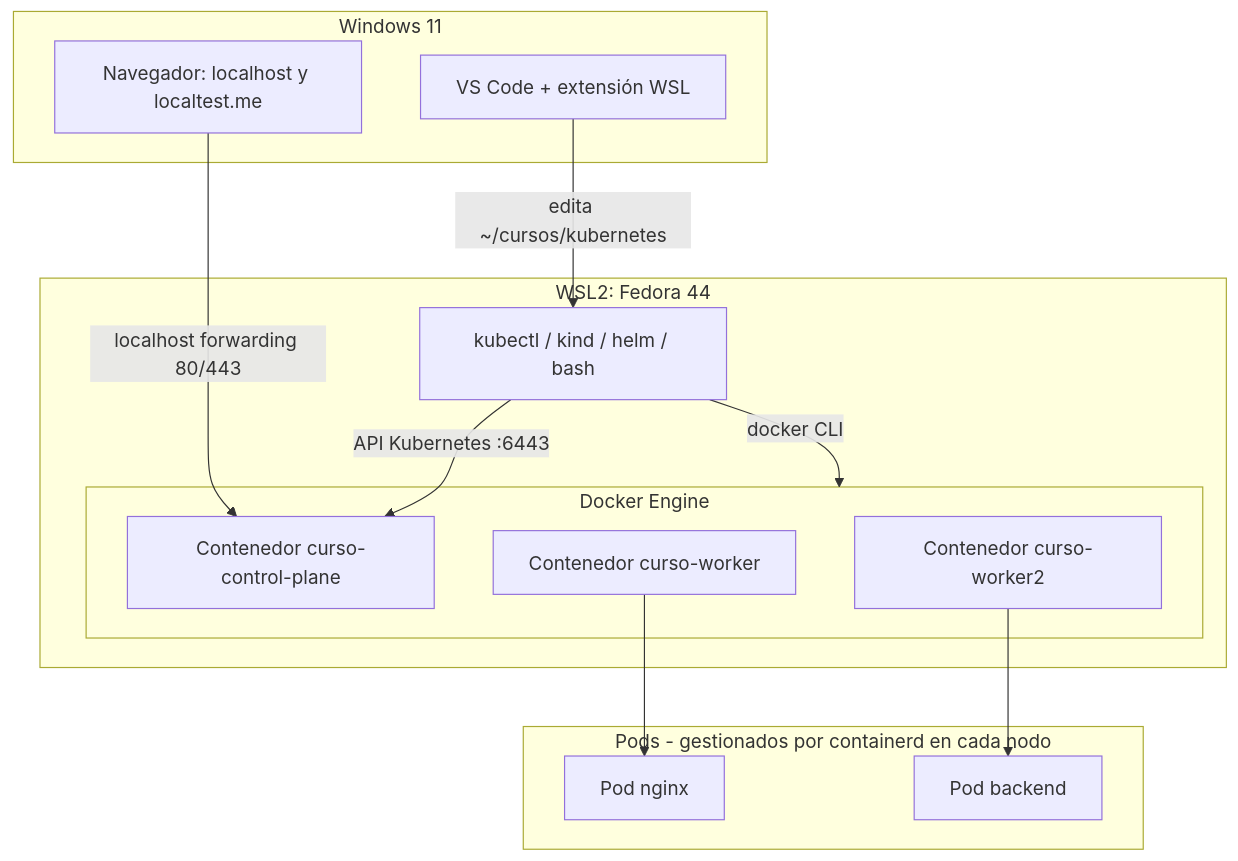
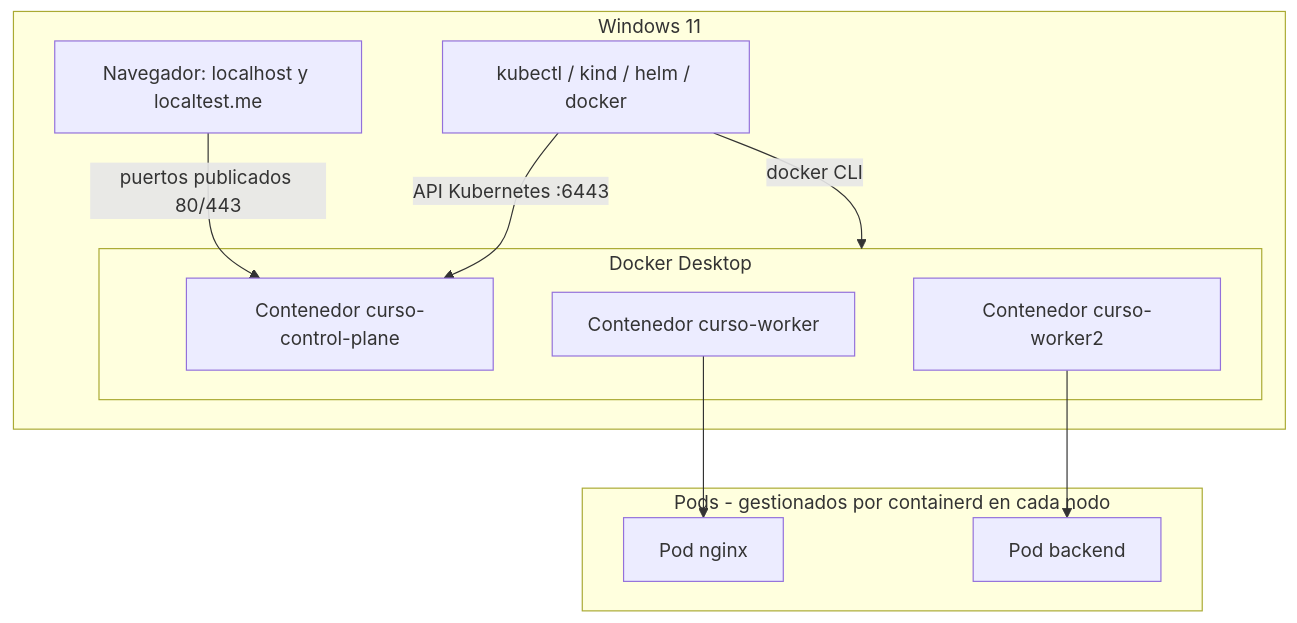
The diagram in 00-preparacion-entorno/README.md (devbryan02/k8s-curso-practico), drawn with Mermaid before and after one commit. The commit also changed other lines of this file and 17 other files, not shown here.

````diff
--- a/00-preparacion-entorno/README.md
+++ b/00-preparacion-entorno/README.md
@@ -51,25 +46,21 @@
 ```mermaid
 flowchart TD
     subgraph WIN["Windows 11"]
         BROWSER["Navegador: localhost y localtest.me"]
-        VSCODE["VS Code + extensión WSL"]
-    end
-    subgraph WSL["WSL2: Fedora 44"]
-        CLI["kubectl / kind / helm / bash"]
-        subgraph DOCKER["Docker Engine"]
+        CLI["kubectl / kind / helm / docker"]
+        subgraph DOCKER["Docker Desktop"]
             CP["Contenedor curso-control-plane"]
             W1["Contenedor curso-worker"]
             W2["Contenedor curso-worker2"]
         end
     end
     subgraph PODS["Pods - gestionados por containerd en cada nodo"]
         P1["Pod nginx"]
         P2["Pod backend"]
     end
-    BROWSER -- "localhost forwarding 80/443" --> CP
-    VSCODE -- "edita ~/cursos/kubernetes" --> CLI
+    BROWSER -- "puertos publicados 80/443" --> CP
     CLI -- "API Kubernetes :6443" --> CP
     CLI -- "docker CLI" --> DOCKER
     W1 --> P1
     W2 --> P2
 ```
````
